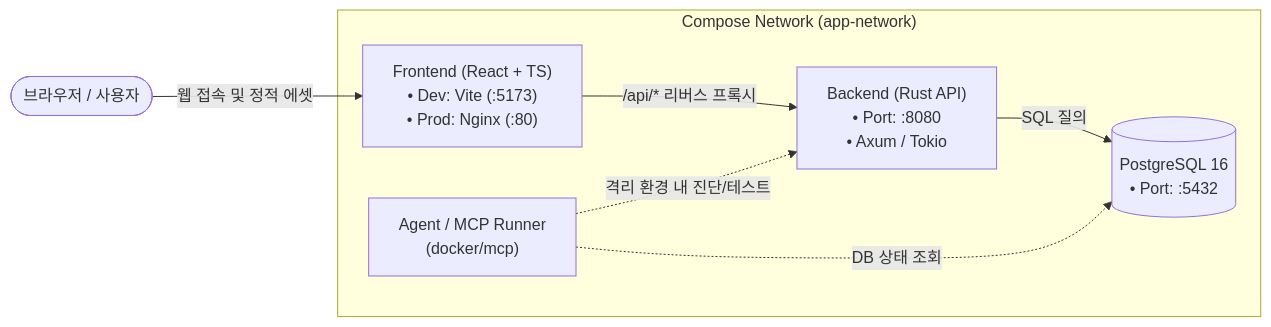
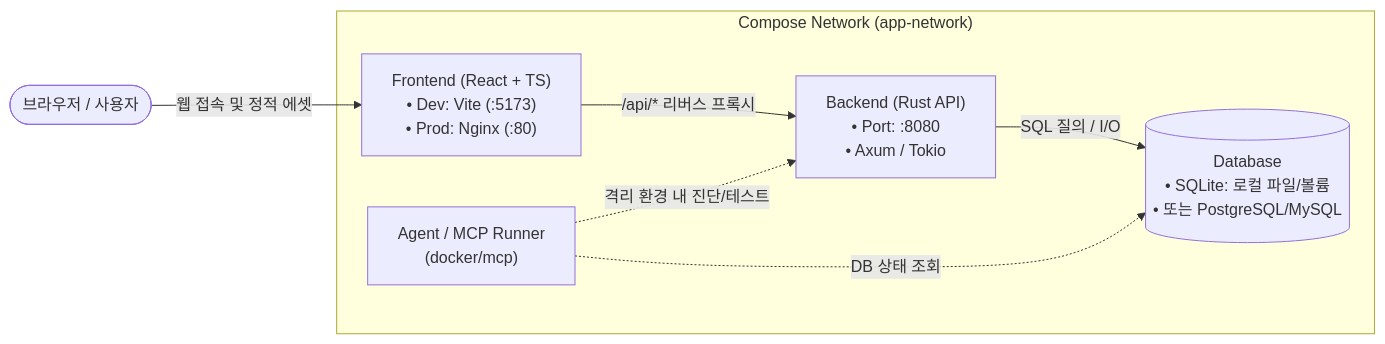
One commit to kjayvam/file-template changed the second of 2 diagrams in docs/docker/README.md. Above: the diagram before and after it, drawn with Mermaid. The commit also changed other lines of this file and 12 other files, not shown here.

````diff
--- a/docs/docker/README.md
+++ b/docs/docker/README.md
@@ -35,17 +35,17 @@
 ```mermaid
 flowchart LR
     Client(["브라우저 / 사용자"])
 
     subgraph DockerNetwork["Compose Network (app-network)"]
         Frontend["Frontend (React + TS)<br/>• Dev: Vite (:5173)<br/>• Prod: Nginx (:80)"]
         Backend["Backend (Rust API)<br/>• Port: :8080<br/>• Axum / Tokio"]
-        Database[("PostgreSQL 16<br/>• Port: :5432")]
+        Database[("Database<br/>• SQLite: 로컬 파일/볼륨<br/>• 또는 PostgreSQL/MySQL")]
         MCPAgent["Agent / MCP Runner<br/>(docker/mcp)"]
     end
 
     Client -->|웹 접속 및 정적 에셋| Frontend
     Frontend -->|/api/* 리버스 프록시| Backend
-    Backend -->|SQL 질의| Database
+    Backend -->|SQL 질의 / I/O| Database
     MCPAgent -.->|격리 환경 내 진단/테스트| Backend
     MCPAgent -.->|DB 상태 조회| Database
 ```
````
